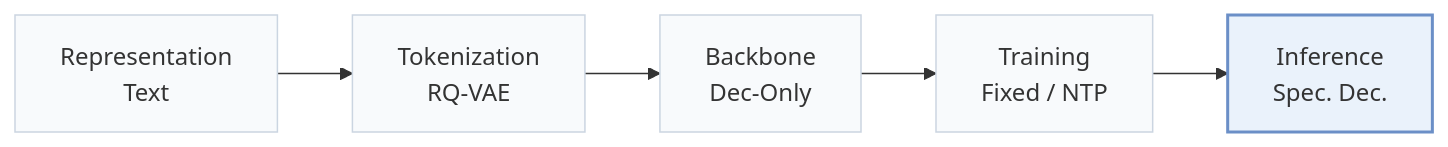
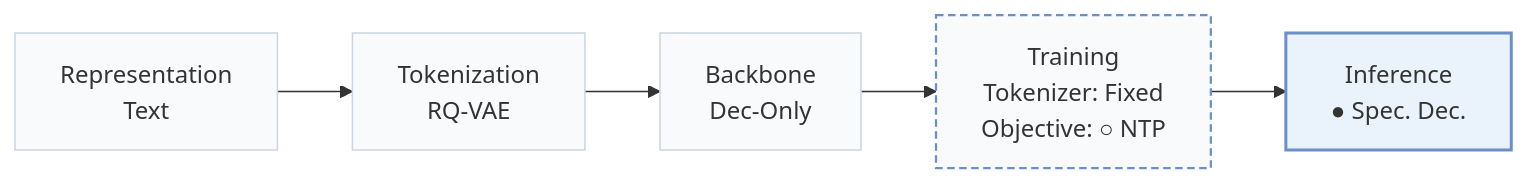
One commit to Galaxy-ghost/Awesome-SID-Generative-Rec changed the first of 2 diagrams in pages/papers/atspeed.md. Above: the diagram before and after it, drawn with Mermaid. The commit also changed other lines of this file and 558 other files, not shown here.

````diff
--- a/pages/papers/atspeed.md
+++ b/pages/papers/atspeed.md
@@ -15,8 +18,10 @@
 ```mermaid
 flowchart LR
-    R["Representation<br/>Text"] --> T["Tokenization<br/>RQ-VAE"] --> B["Backbone<br/>Dec-Only"] --> TR["Training<br/>Fixed / NTP"] --> I["Inference<br/>Spec. Dec."]
+    R["Representation<br/>Text"] --> T["Tokenization<br/>RQ-VAE"] --> B["Backbone<br/>Dec-Only"] --> TR["Training<br/>Tokenizer: Fixed<br/>Objective: ○ NTP"] --> I["Inference<br/>● Spec. Dec."]
     classDef base fill:#f8fafc,stroke:#cbd5e1
     class R,T,B,TR,I base
+    classDef other fill:#f8fafc,stroke:#6b8fc7,stroke-width:1.5px,stroke-dasharray:5 3
+    class TR other
     classDef main fill:#eaf2fb,stroke:#6b8fc7,stroke-width:2px
     class I main
 ```
````
